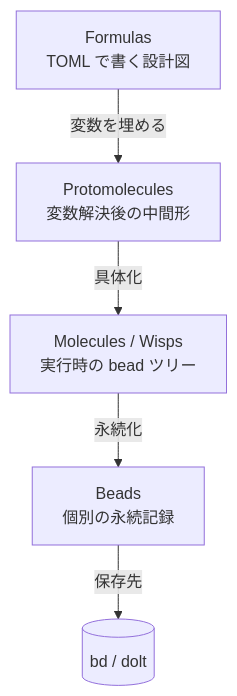
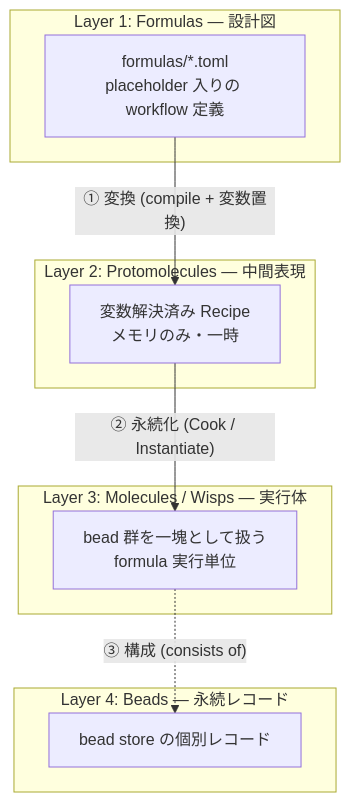
One commit to ymdvsymd/gascity changed the second of 3 diagrams in .history/20260429-usage/OVERVIEW.md. Above: the diagram before and after it, drawn with Mermaid. The commit also changed other lines of this file, not shown here.

Commit message:
docs: update MEOW stack description and clarify layer roles

````diff
--- a/.history/20260429-usage/OVERVIEW.md
+++ b/.history/20260429-usage/OVERVIEW.md
@@ -105,7 +105,18 @@
 ```mermaid
 graph TB
-    F[Formulas<br>TOML で書く設計図] -->|変数を埋める| P[Protomolecules<br>変数解決後の中間形]
-    P -->|具体化| M[Molecules / Wisps<br>実行時の bead ツリー]
-    M -->|永続化| B[Beads<br>個別の永続記録]
-    B -->|保存先| S[(bd / dolt)]
+    subgraph L1["Layer 1: Formulas — 設計図"]
+        F["formulas/*.toml<br>placeholder 入りの workflow 定義"]
+    end
+    subgraph L2["Layer 2: Protomolecules — 中間表現"]
+        P["変数解決済み Recipe<br>メモリのみ・一時"]
+    end
+    subgraph L3["Layer 3: Molecules / Wisps — 実行体"]
+        M["bead 群を一塊として扱う<br>formula 実行単位"]
+    end
+    subgraph L4["Layer 4: Beads — 永続レコード"]
+        B["bead store の個別レコード"]
+    end
+    F -->|"① 変換 (compile + 変数置換)"| P
+    P -->|"② 永続化 (Cook / Instantiate)"| M
+    M -.->|"③ 構成 (consists of)"| B
 ```
````
